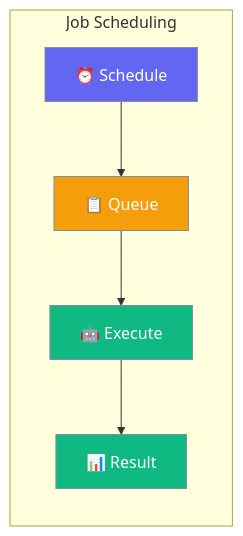
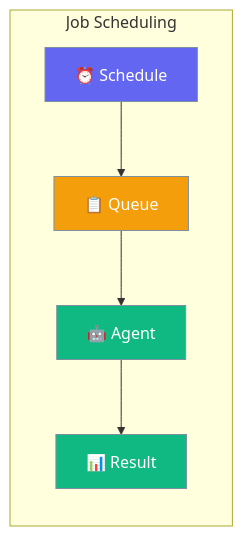
One commit to MervinPraison/PraisonAIDocs changed the first of 2 diagrams in docs/js/jobs.mdx. Above: the diagram before and after it, drawn with Mermaid. The commit also changed other lines of this file and 30 other files, not shown here.

````diff
--- a/docs/js/jobs.mdx
+++ b/docs/js/jobs.mdx
@@ -10,16 +10,16 @@
 ```mermaid
 graph LR
     subgraph "Job Scheduling"
         A[⏰ Schedule] --> B[📋 Queue]
-        B --> C[🤖 Execute]
+        B --> C[🤖 Agent]
         C --> D[📊 Result]
     end
     
     classDef schedule fill:#6366F1,stroke:#7C90A0,color:#fff
     classDef queue fill:#F59E0B,stroke:#7C90A0,color:#fff
-    classDef exec fill:#10B981,stroke:#7C90A0,color:#fff
+    classDef result fill:#10B981,stroke:#7C90A0,color:#fff
     
     class A schedule
     class B queue
-    class C,D exec
+    class C,D result
 ```
````
